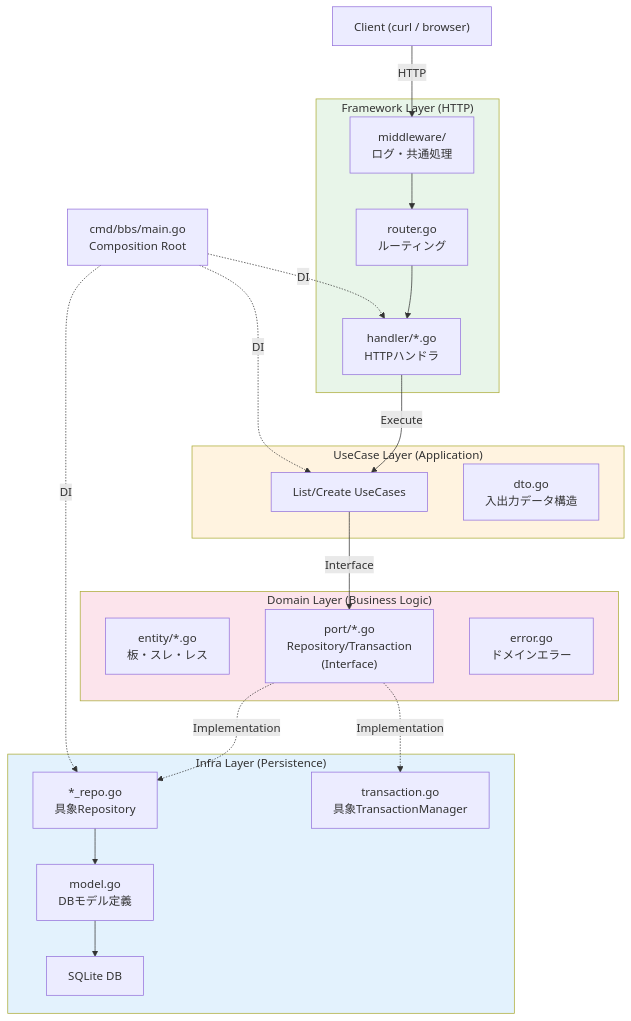
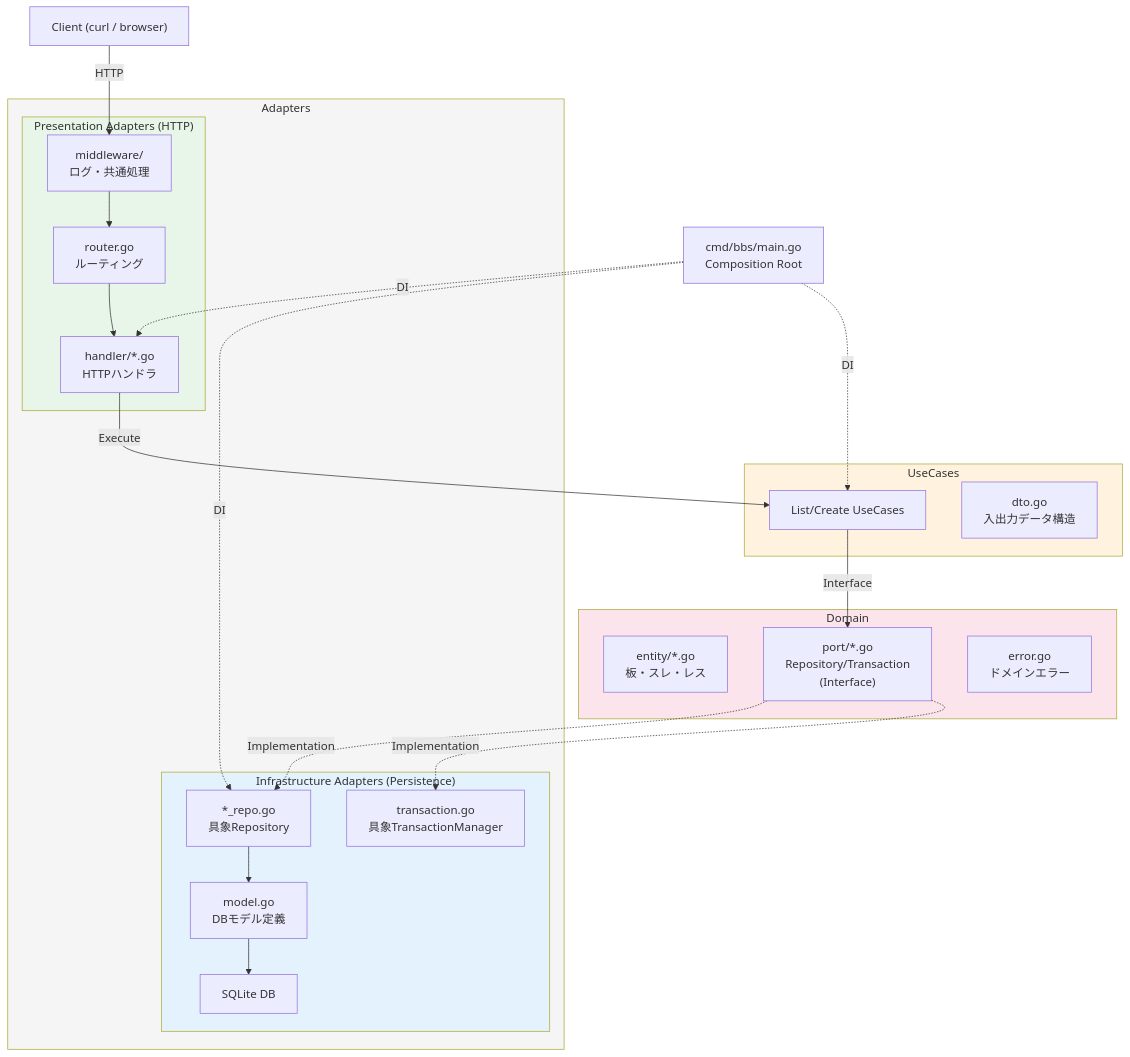
Before and after one commit to sokoide/workshop: the diagram in software/assets/bbs/README_ja.md, drawn with Mermaid. The commit also changed other lines of this file and 46 other files, not shown here.

````diff
--- a/software/assets/bbs/README_ja.md
+++ b/software/assets/bbs/README_ja.md
@@ -89,42 +89,45 @@
 ```mermaid
 graph TB
-    subgraph Framework["Framework Layer (HTTP)"]
-        Router["router.go<br/>ルーティング"]
-        Handler["handler/*.go<br/>HTTPハンドラ"]
-        MW["middleware/<br/>ログ・共通処理"]
+    subgraph AdaptersLayer [Adapters]
+        subgraph Presentation["Presentation Adapters (HTTP)"]
+            Router["router.go<br/>ルーティング"]
+            Handler["handler/*.go<br/>HTTPハンドラ"]
+            MW["middleware/<br/>ログ・共通処理"]
+        end
+
+        subgraph Infra["Infrastructure Adapters (Persistence)"]
+            SQLite["SQLite DB"]
+            Repo["*_repo.go<br/>具象Repository"]
+            TM["transaction.go<br/>具象TransactionManager"]
+            Model["model.go<br/>DBモデル定義"]
+        end
     end
 
-    subgraph UseCase["UseCase Layer (Application)"]
+    subgraph UseCaseLayer ["UseCases"]
         UC["List/Create UseCases"]
         DTO["dto.go<br/>入出力データ構造"]
     end
 
-    subgraph Domain["Domain Layer (Business Logic)"]
+    subgraph DomainLayer ["Domain"]
         Entity["entity/*.go<br/>板・スレ・レス"]
         Port["port/*.go<br/>Repository/Transaction<br/>(Interface)"]
         Err["error.go<br/>ドメインエラー"]
-    end
-
-    subgraph Infra["Infra Layer (Persistence)"]
-        SQLite["SQLite DB"]
-        Repo["*_repo.go<br/>具象Repository"]
-        TM["transaction.go<br/>具象TransactionManager"]
-        Model["model.go<br/>DBモデル定義"]
     end
 
     Client["Client (curl / browser)"] -->|HTTP| MW --> Router --> Handler
     Handler -->|Execute| UC
     UC -->|Interface| Port
     Port -.->|Implementation| Repo
     Port -.->|Implementation| TM
     Repo --> Model --> SQLite
     
     Main["cmd/bbs/main.go<br/>Composition Root"] -.->|DI| Handler
     Main -.->|DI| UC
     Main -.->|DI| Repo
 
-    style Framework fill:#e8f5e9
-    style UseCase fill:#fff3e0
-    style Domain fill:#fce4ec
+    style AdaptersLayer fill:#f5f5f5
+    style Presentation fill:#e8f5e9
+    style UseCaseLayer fill:#fff3e0
+    style DomainLayer fill:#fce4ec
     style Infra fill:#e3f2fd
 ```
````
